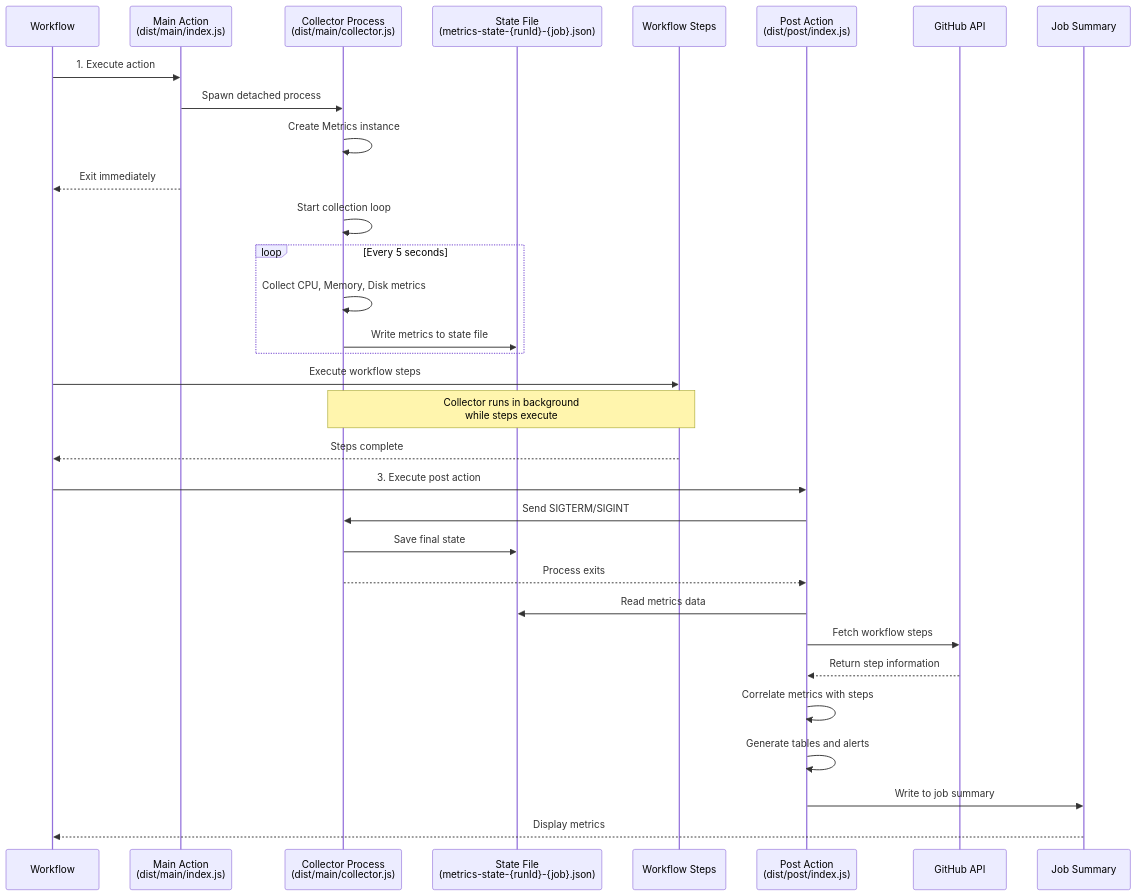
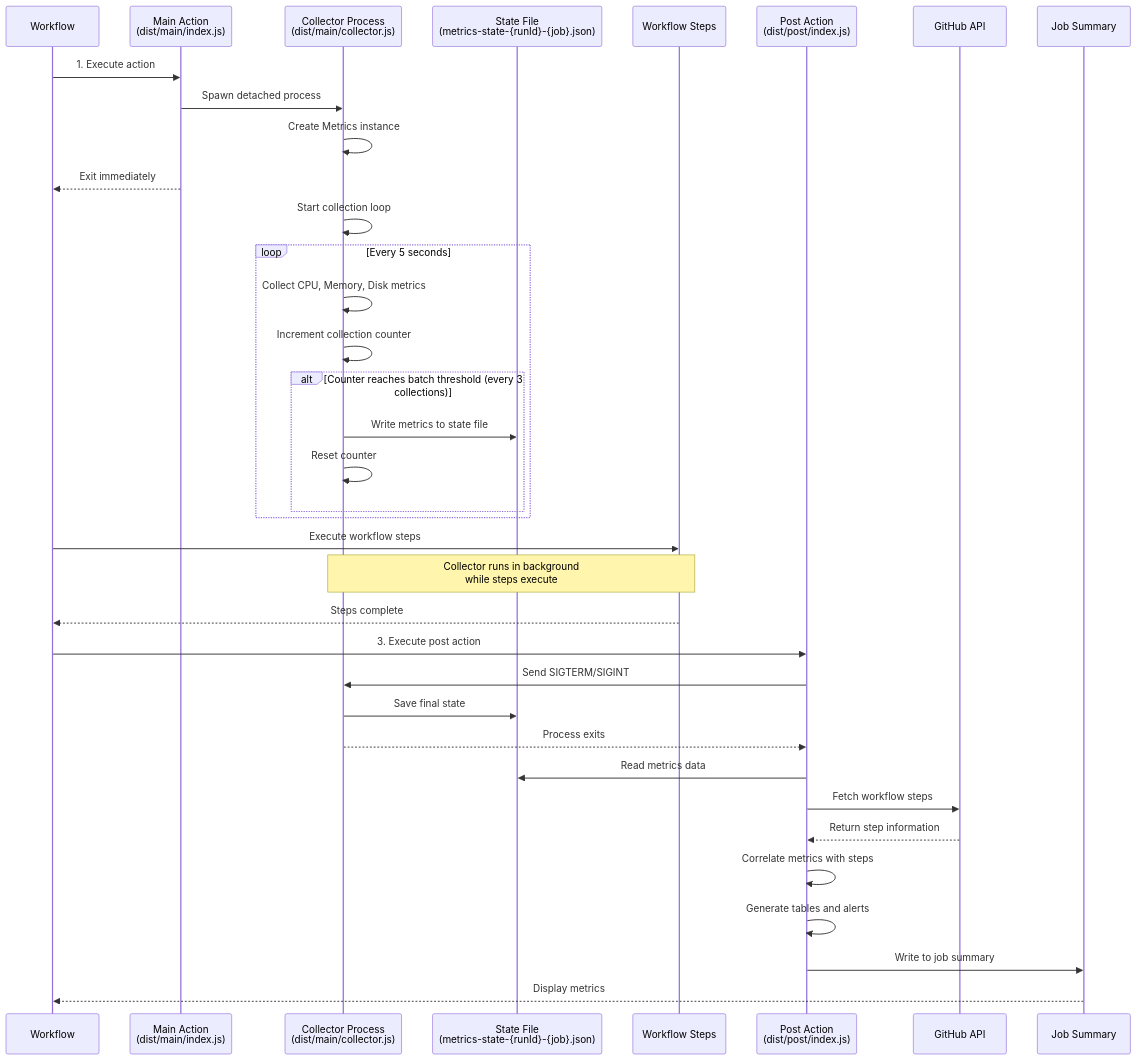
The diagram in docs/architecture.md (Garbee/actions-workflow-metrics), drawn with Mermaid before and after one commit. The commit also changed other lines of this file and 3 other files, not shown here.

Commit message:
perf(metrics): reduce disk write frequency with batching to prevent I/O thrashing

````diff
--- a/docs/architecture.md
+++ b/docs/architecture.md
@@ -15,39 +15,43 @@
 ```mermaid
 sequenceDiagram
     participant User as Workflow
     participant Main as Main Action<br/>(dist/main/index.js)
     participant Collector as Collector Process<br/>(dist/main/collector.js)
     participant State as State File<br/>(metrics-state-{runId}-{job}.json)
     participant Steps as Workflow Steps
     participant Post as Post Action<br/>(dist/post/index.js)
     participant API as GitHub API
     participant Summary as Job Summary
 
     User->>Main: 1. Execute action
     Main->>Collector: Spawn detached process
     Collector->>Collector: Create Metrics instance
     Main-->>User: Exit immediately
     
     Collector->>Collector: Start collection loop
     loop Every 5 seconds
         Collector->>Collector: Collect CPU, Memory, Disk metrics
-        Collector->>State: Write metrics to state file
+        Collector->>Collector: Increment collection counter
+        alt Counter reaches batch threshold (every 3 collections)
+            Collector->>State: Write metrics to state file
+            Collector->>Collector: Reset counter
+        end
     end
     
     User->>Steps: Execute workflow steps
     Note over Collector,Steps: Collector runs in background<br/>while steps execute
     
     Steps-->>User: Steps complete
     User->>Post: 3. Execute post action
     Post->>Collector: Send SIGTERM/SIGINT
     Collector->>State: Save final state
     Collector-->>Post: Process exits
     
     Post->>State: Read metrics data
     Post->>API: Fetch workflow steps
     API-->>Post: Return step information
     Post->>Post: Correlate metrics with steps
     Post->>Post: Generate tables and alerts
     Post->>Summary: Write to job summary
     Summary-->>User: Display metrics
 ```
````
